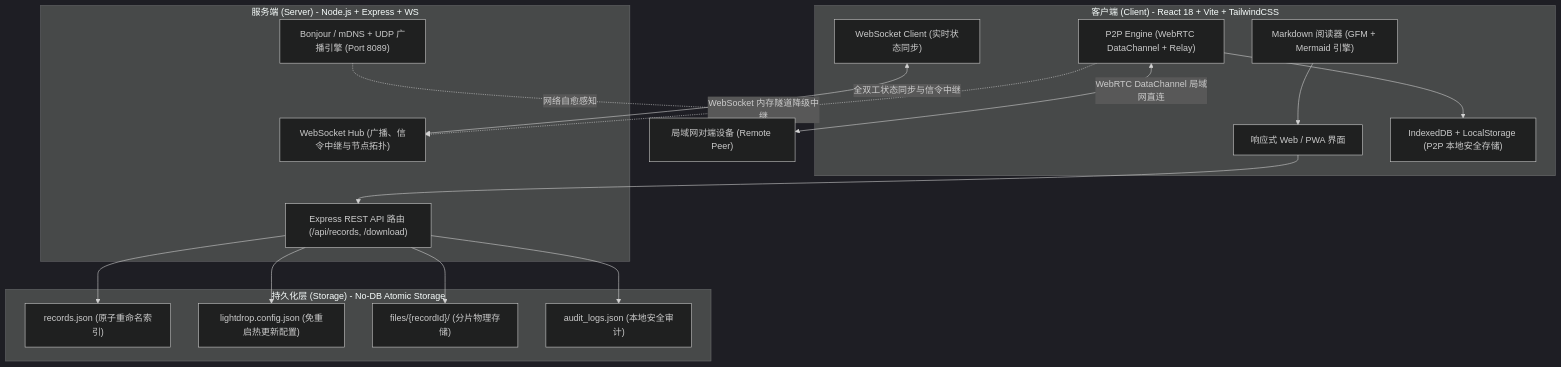
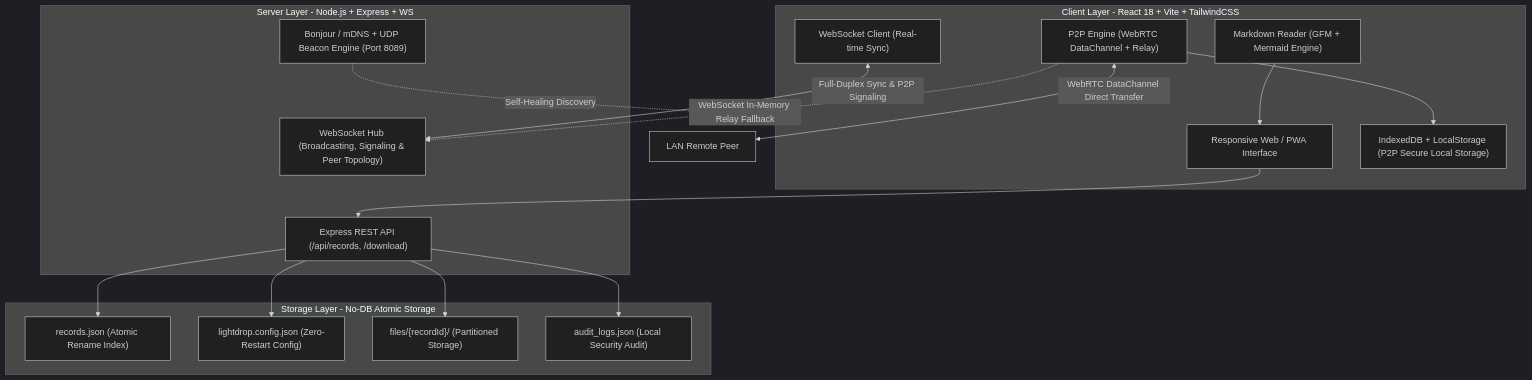
One commit to zhatiai/LightDrop changed the diagram in README.md. Above: the diagram before and after it, drawn with Mermaid (dark theme). The commit also changed other lines of this file and 2 other files, not shown here.

````diff
--- a/README.md
+++ b/README.md
@@ -265,37 +261,37 @@
 ```mermaid
 flowchart TD
-    subgraph ClientLayer["客户端 (Client) - React 18 + Vite + TailwindCSS"]
-        UI["响应式 Web / PWA 界面"]
-        Reader["Markdown 阅读器 (GFM + Mermaid 引擎)"]
-        WSClient["WebSocket Client (实时状态同步)"]
+    subgraph ClientLayer["Client Layer - React 18 + Vite + TailwindCSS"]
+        UI["Responsive Web / PWA Interface"]
+        Reader["Markdown Reader (GFM + Mermaid Engine)"]
+        WSClient["WebSocket Client (Real-time Sync)"]
         P2PEngine["P2P Engine (WebRTC DataChannel + Relay)"]
-        P2PStorage["IndexedDB + LocalStorage (P2P 本地安全存储)"]
+        P2PStorage["IndexedDB + LocalStorage (P2P Secure Local Storage)"]
     end
 
-    subgraph ServerLayer["服务端 (Server) - Node.js + Express + WS"]
-        Router["Express REST API 路由 (/api/records, /download)"]
-        WSServer["WebSocket Hub (广播、信令中继与节点拓扑)"]
-        MDNS["Bonjour / mDNS + UDP 广播引擎 (Port 8089)"]
+    subgraph ServerLayer["Server Layer - Node.js + Express + WS"]
+        Router["Express REST API (/api/records, /download)"]
+        WSServer["WebSocket Hub (Broadcasting, Signaling & Peer Topology)"]
+        MDNS["Bonjour / mDNS + UDP Beacon Engine (Port 8089)"]
     end
 
-    subgraph StorageLayer["持久化层 (Storage) - No-DB Atomic Storage"]
-        JSONIndex["records.json (原子重命名索引)"]
-        Config["lightdrop.config.json (免重启热更新配置)"]
-        FileDir["files/{recordId}/ (分片物理存储)"]
-        Audit["audit_logs.json (本地安全审计)"]
+    subgraph StorageLayer["Storage Layer - No-DB Atomic Storage"]
+        JSONIndex["records.json (Atomic Rename Index)"]
+        Config["lightdrop.config.json (Zero-Restart Config)"]
+        FileDir["files/{recordId}/ (Partitioned Storage)"]
+        Audit["audit_logs.json (Local Security Audit)"]
     end
 
-    RemotePeer["局域网对端设备 (Remote Peer)"]
+    RemotePeer["LAN Remote Peer"]
 
     UI --> Router
     Reader --> UI
-    WSClient <-->|"全双工状态同步与信令中继"| WSServer
-    P2PEngine <-->|"WebRTC DataChannel 局域网直连"| RemotePeer
-    P2PEngine -.->|"WebSocket 内存隧道降级中继"| WSServer
+    WSClient <-->|"Full-Duplex Sync & P2P Signaling"| WSServer
+    P2PEngine <-->|"WebRTC DataChannel Direct Transfer"| RemotePeer
+    P2PEngine -.->|"WebSocket In-Memory Relay Fallback"| WSServer
     P2PEngine --> P2PStorage
     Router --> JSONIndex
     Router --> FileDir
     Router --> Audit
     Router --> Config
-    MDNS -.->|"网络自愈感知"| ClientLayer
+    MDNS -.->|"Self-Healing Discovery"| ClientLayer
 ```
````
